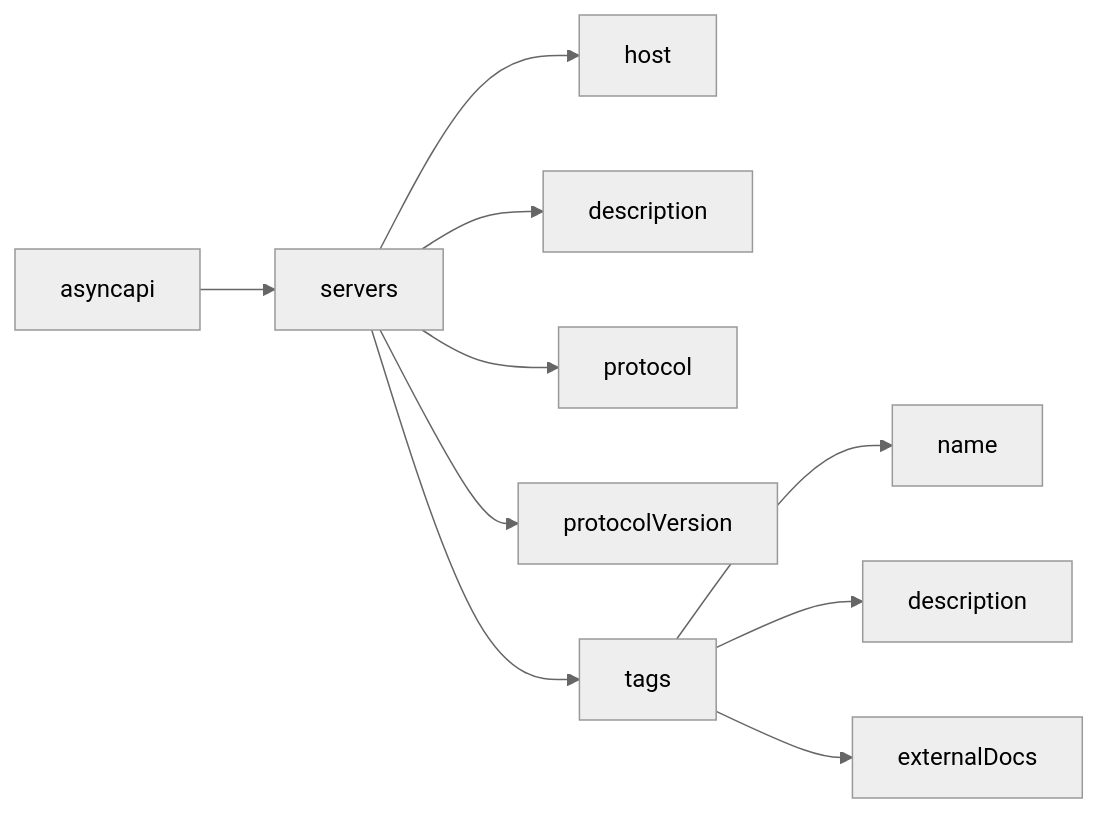
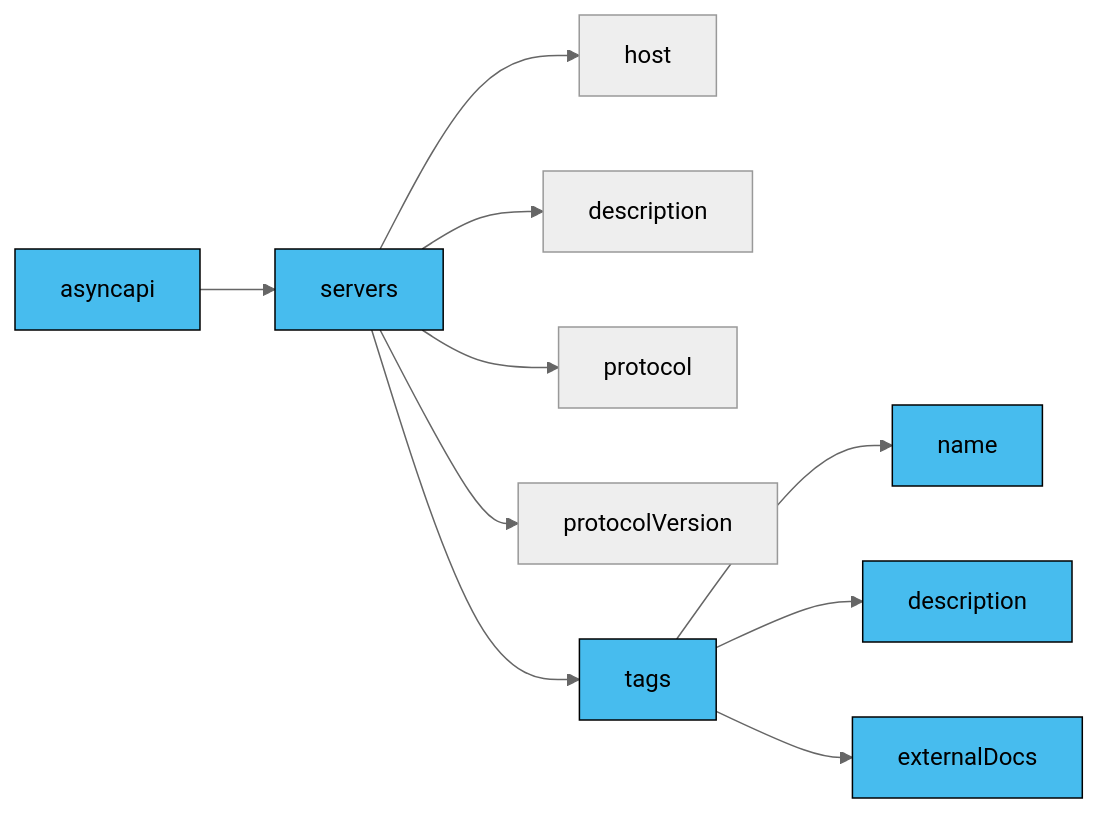
Before and after one commit to asyncapi/website: the second of 5 diagrams in pages/docs/concepts/asyncapi-document/tags.md, drawn with Mermaid (neutral theme). The commit also changed other lines of this file, not shown here.

````diff
--- a/pages/docs/concepts/asyncapi-document/tags.md
+++ b/pages/docs/concepts/asyncapi-document/tags.md
@@ -66,12 +71,18 @@
 ```mermaid
 graph LR
   A[asyncapi] --> B[servers]
   B --> C[host]
   B --> D[description]
   B --> E[protocol]
   B --> F[protocolVersion]
   B --> G[tags]
   G --> H[name]
   G --> I[description]
   G --> J[externalDocs]
+  style A fill:#47BCEE,stroke:#000;
+  style B fill:#47BCEE,stroke:#000;
+  style G fill:#47BCEE,stroke:#000;
+  style I fill:#47BCEE,stroke:#000;
+  style H fill:#47BCEE,stroke:#000;
+  style J fill:#47BCEE,stroke:#000;
 ```
````
